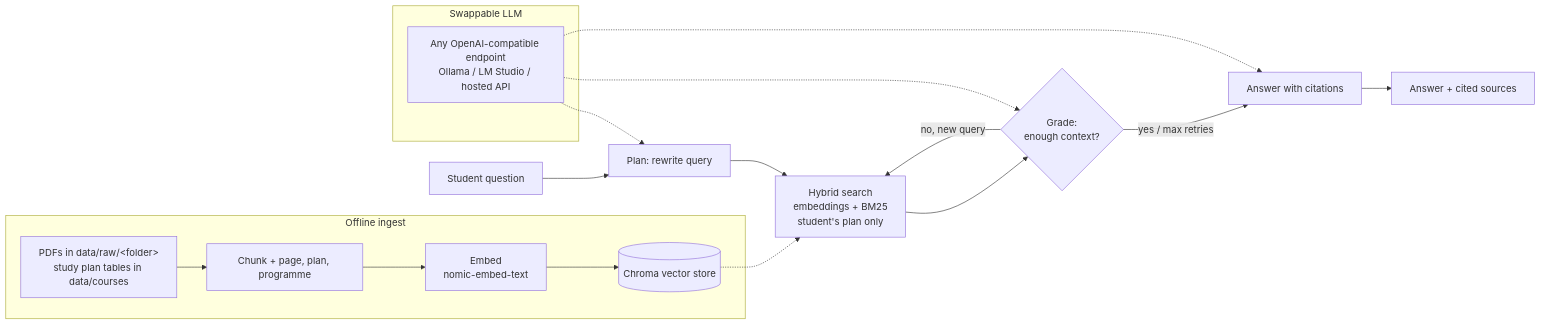
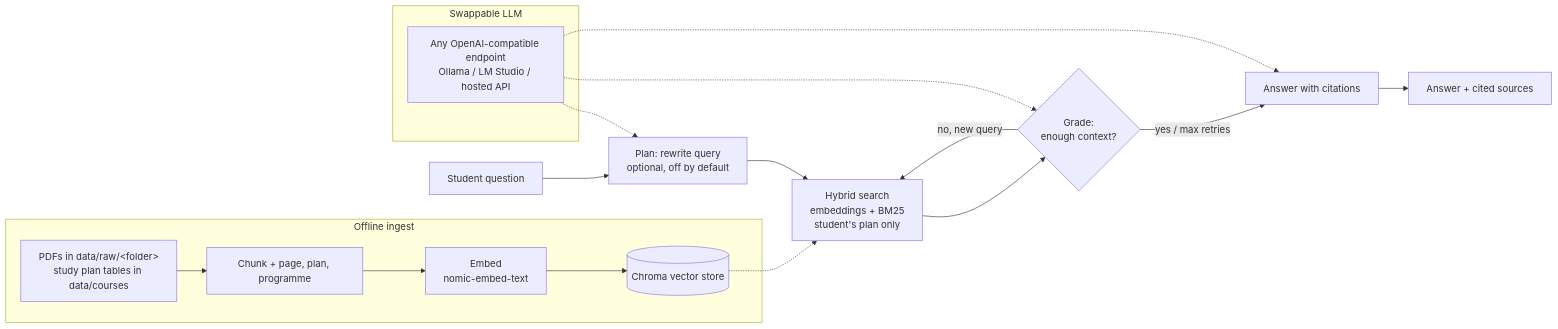
Before and after one commit to hrithikhwn/iium-course-assistant: the diagram in README.md, drawn with Mermaid. The commit also changed other lines of this file and 6 other files, not shown here.

First line of the commit message:
Turn query rewriting off by default

````diff
--- a/README.md
+++ b/README.md
@@ -20,21 +20,21 @@
 ```mermaid
 flowchart LR
-    Q[Student question] --> P[Plan: rewrite query]
+    Q[Student question] --> P[Plan: rewrite query<br/>optional, off by default]
     P --> R[Hybrid search<br/>embeddings + BM25<br/>student's plan only]
     R --> G{Grade:<br/>enough context?}
     G -- no, new query --> R
     G -- yes / max retries --> A[Answer with citations]
     A --> OUT[Answer + cited sources]
 
     subgraph Ingest [Offline ingest]
         D[PDFs in data/raw/&lt;folder&gt;<br/>study plan tables in data/courses] --> C[Chunk + page, plan, programme]
         C --> E[Embed<br/>nomic-embed-text]
         E --> V[(Chroma vector store)]
     end
     V -.-> R
 
     subgraph Model [Swappable LLM]
         L[Any OpenAI-compatible endpoint<br/>Ollama / LM Studio / hosted API]
     end
     L -.-> P & G & A
 ```
````
